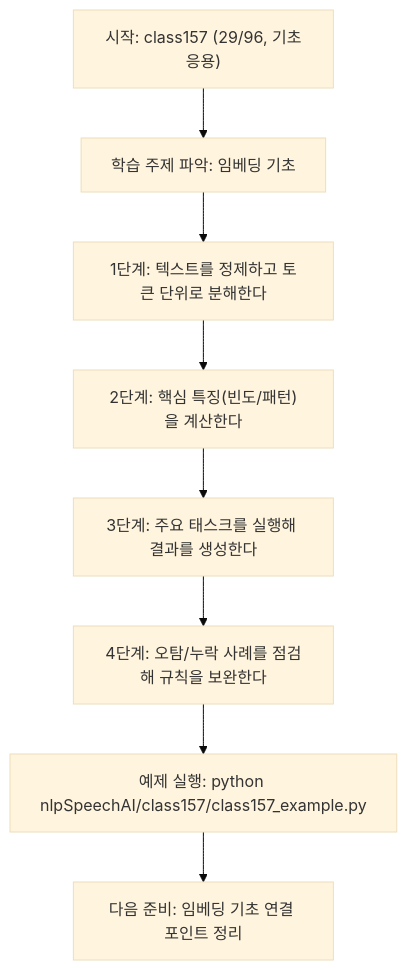
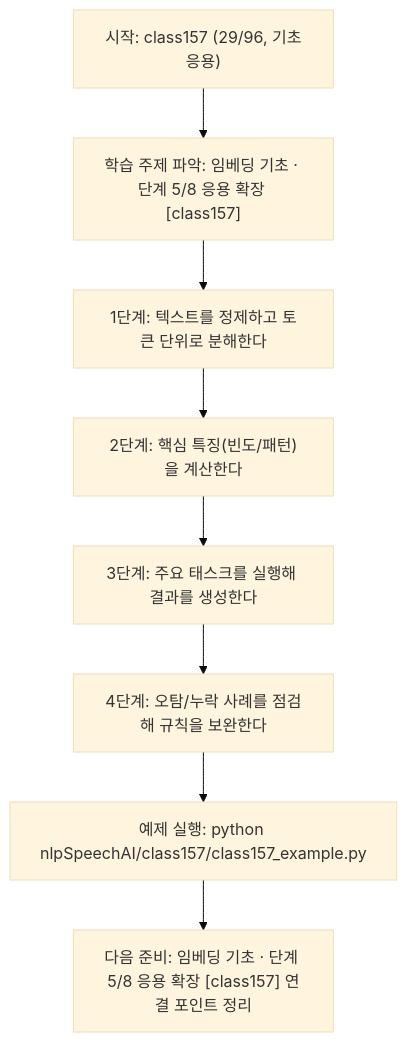
Before and after one commit to edumgt/Python-AI_Agent-Class: the diagram in nlpSpeechAI/class157/class157.md, drawn with Mermaid (base theme). The commit also changed other lines of this file and 522 other files, not shown here.

````diff
--- a/nlpSpeechAI/class157/class157.md
+++ b/nlpSpeechAI/class157/class157.md
@@ -112,18 +113,18 @@
 ```mermaid
 flowchart TD
 N1["시작: class157 (29/96, 기초응용)"]
-N2["학습 주제 파악: 임베딩 기초"]
+N2["학습 주제 파악: 임베딩 기초 · 단계 5/8 응용 확장 [class157]"]
 N3["1단계: 텍스트를 정제하고 토큰 단위로 분해한다"]
 N4["2단계: 핵심 특징(빈도/패턴)을 계산한다"]
 N5["3단계: 주요 태스크를 실행해 결과를 생성한다"]
 N6["4단계: 오탐/누락 사례를 점검해 규칙을 보완한다"]
 N7["예제 실행: python nlpSpeechAI/class157/class157_example.py"]
-N8["다음 준비: 임베딩 기초 연결 포인트 정리"]
+N8["다음 준비: 임베딩 기초 · 단계 5/8 응용 확장 [class157] 연결 포인트 정리"]
 N1 --> N2
 N2 --> N3
 N3 --> N4
 N4 --> N5
 N5 --> N6
 N6 --> N7
 N7 --> N8
 ```
````
